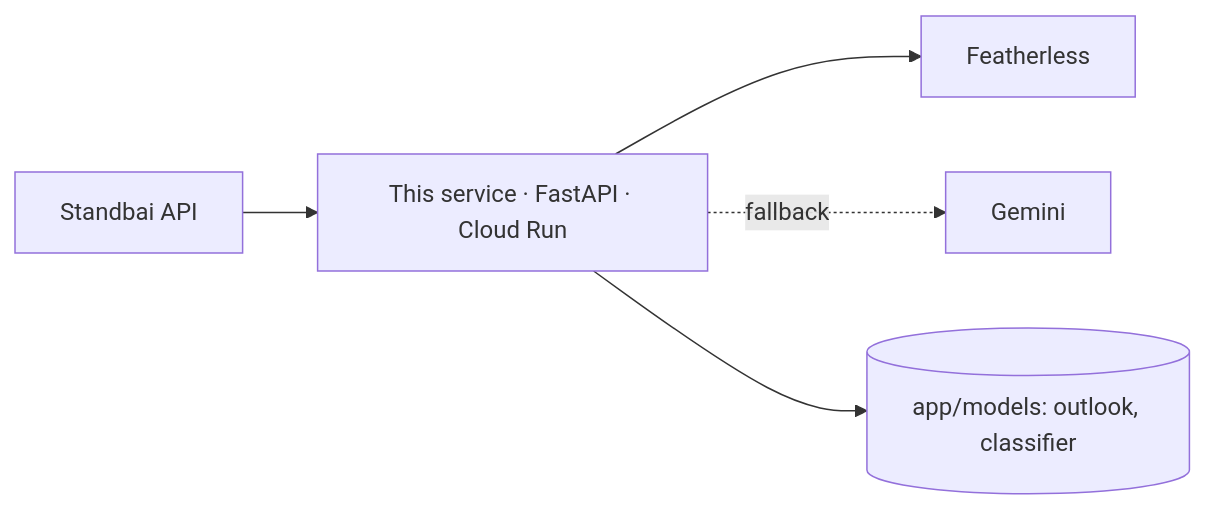
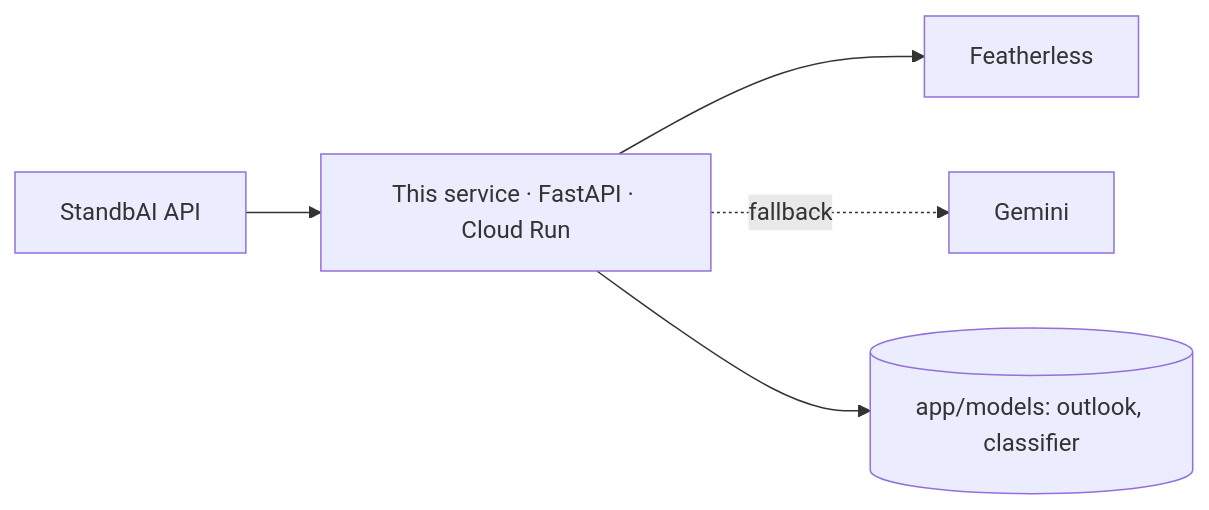
The diagram in MEMORY.md (ITHACKITS/AI-FORGEHACK-2026), drawn with Mermaid before and after one commit. The commit also changed other lines of this file and 4 other files, not shown here.

````diff
--- a/MEMORY.md
+++ b/MEMORY.md
@@ -31,7 +40,7 @@
 ```mermaid
 flowchart LR
-  BE[Standbai API] --> AI[This service · FastAPI · Cloud Run]
+  BE[StandbAI API] --> AI[This service · FastAPI · Cloud Run]
   AI --> FL[Featherless]
   AI -.fallback.-> GM[Gemini]
   AI --> M[(app/models: outlook, classifier)]
 ```
````
